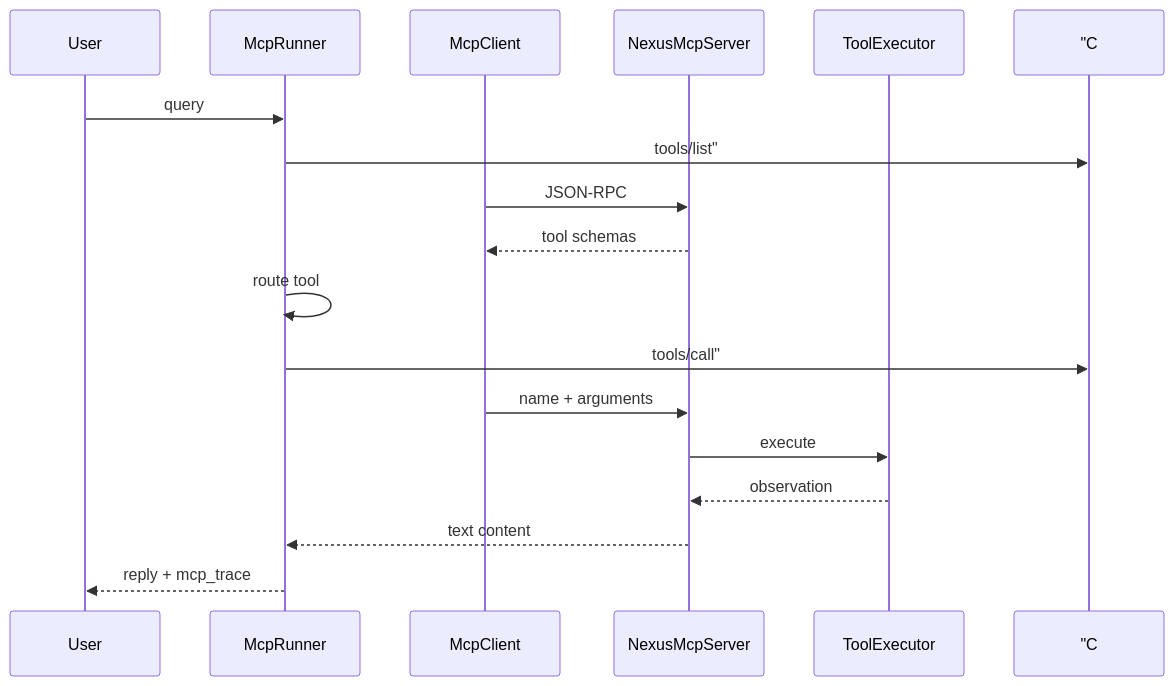
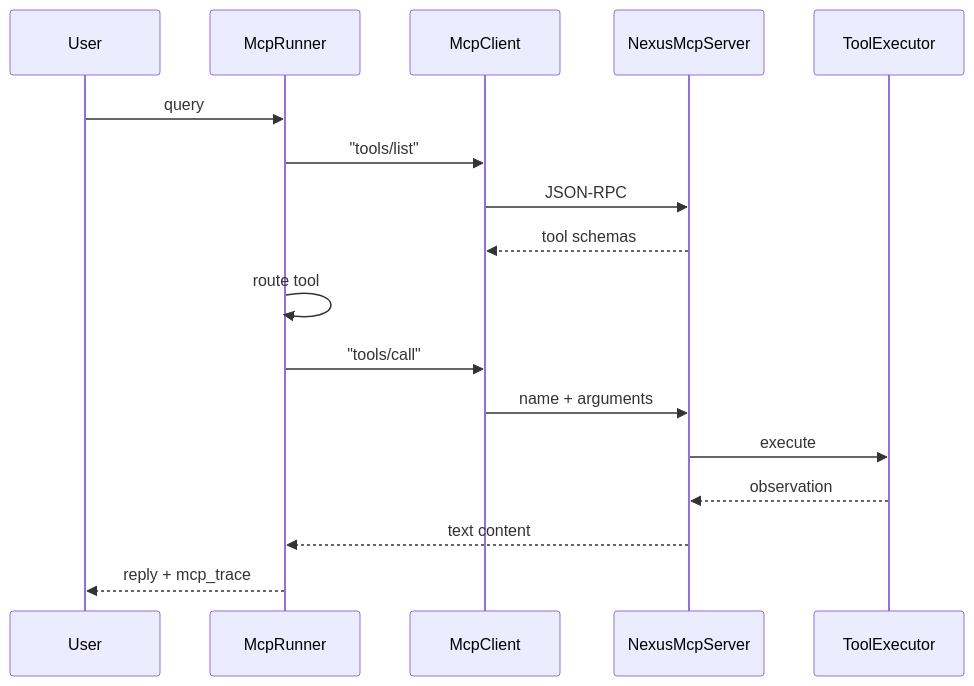
One commit to ab6539763/70_days_course_plus changed the diagram in course/day44/04_流程图与示意图.md. Above: the diagram before and after it, drawn with Mermaid. The commit also changed 181 other files, not shown here.

````diff
--- a/course/day44/04_流程图与示意图.md
+++ b/course/day44/04_流程图与示意图.md
@@ -5,19 +5,19 @@
 ```mermaid
 sequenceDiagram
     participant U as User
     participant R as McpRunner
     participant C as McpClient
     participant S as NexusMcpServer
     participant T as ToolExecutor
     U->>R: query
-    R->> "C: tools/list"
+    R->>C: "tools/list"
     C->>S: JSON-RPC
     S-->>C: tool schemas
     R->>R: route tool
-    R->> "C: tools/call"
+    R->>C: "tools/call"
     C->>S: name + arguments
     S->>T: execute
     T-->>S: observation
     S-->>R: text content
     R-->>U: reply + mcp_trace
 ```
````
